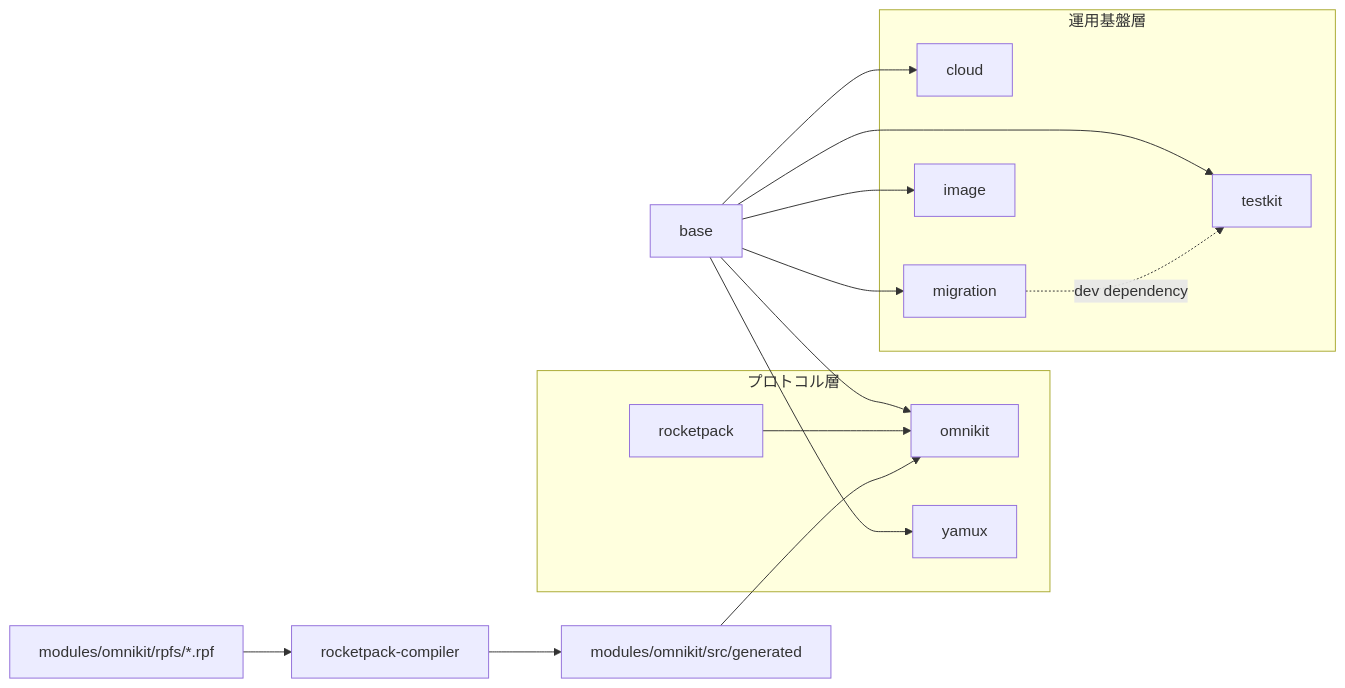
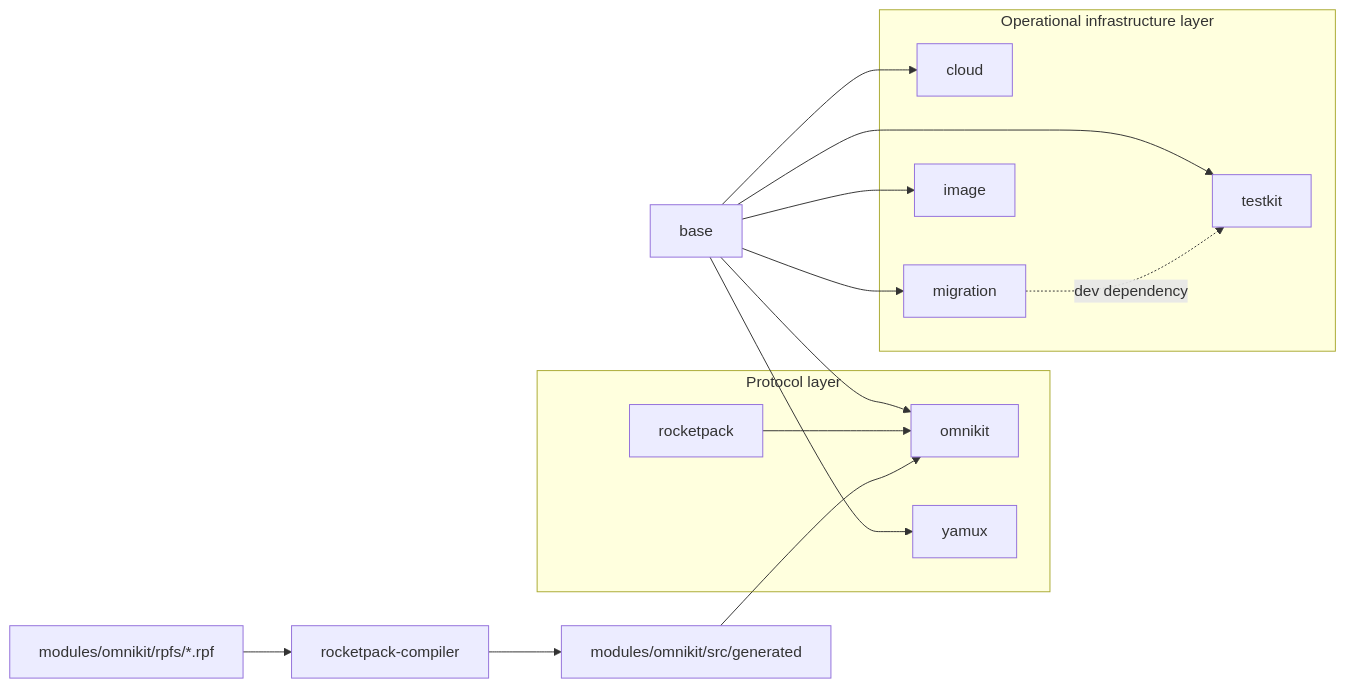
One commit to omnius-labs/core-rs changed the first of 3 diagrams in docs/DESIGN.md. Above: the diagram before and after it, drawn with Mermaid. The commit also changed other lines of this file and 3 other files, not shown here.

````diff
--- a/docs/DESIGN.md
+++ b/docs/DESIGN.md
@@ -65,29 +65,29 @@
 ```mermaid
 flowchart LR
     base[base]
 
-    subgraph protocol["プロトコル層"]
+    subgraph protocol["Protocol layer"]
         rocketpack[rocketpack]
         omnikit[omnikit]
         yamux[yamux]
     end
 
-    subgraph infra["運用基盤層"]
+    subgraph infra["Operational infrastructure layer"]
         cloud[cloud]
         migration[migration]
         testkit[testkit]
         image[image]
     end
 
     rpf["modules/omnikit/rpfs/*.rpf"] --> compiler["rocketpack-compiler"] --> gen["modules/omnikit/src/generated"]
 
     base --> omnikit
     base --> yamux
     base --> cloud
     base --> migration
     base --> testkit
     base --> image
     rocketpack --> omnikit
     gen --> omnikit
     migration -. dev dependency .-> testkit
 ```
````
